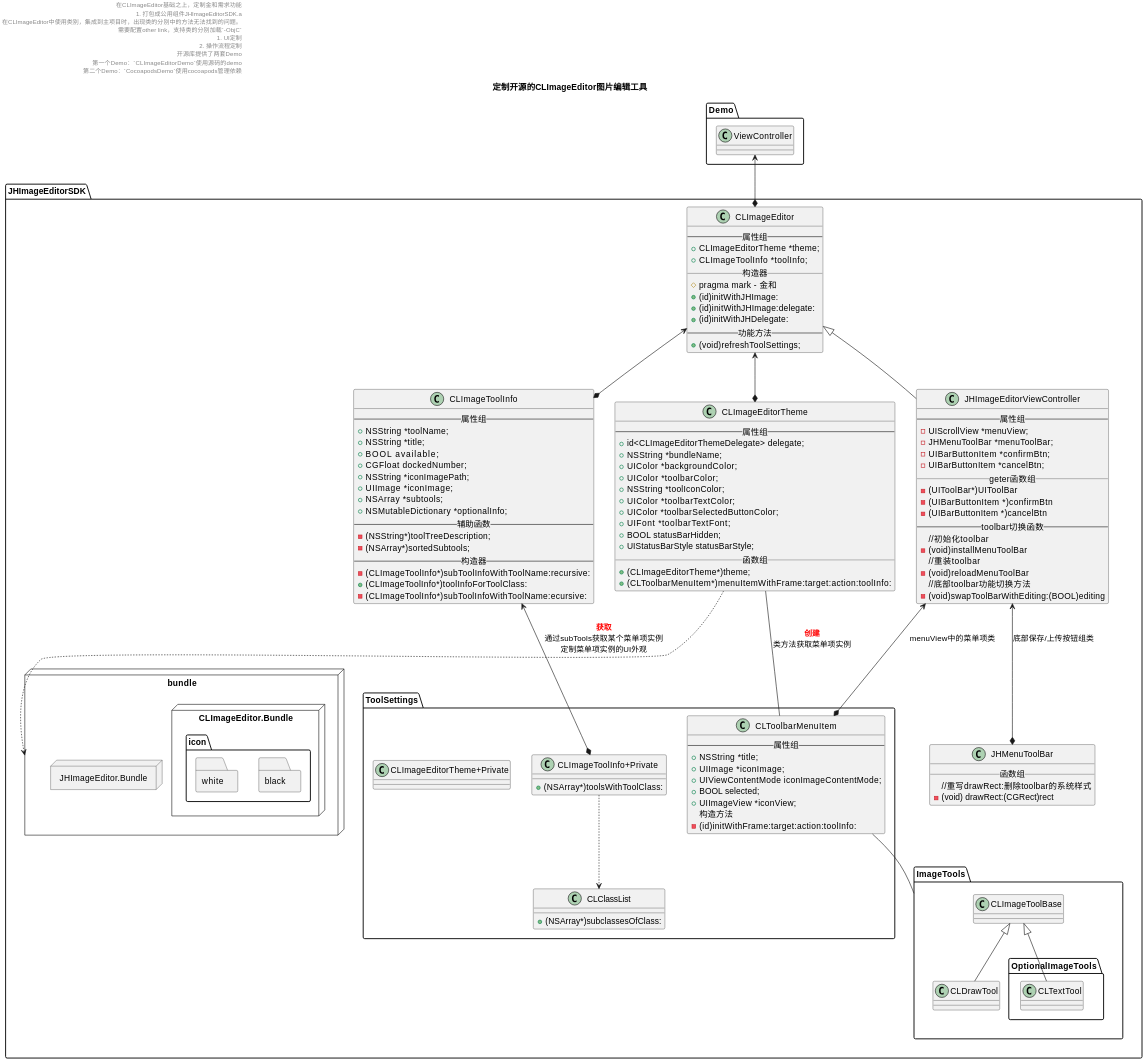
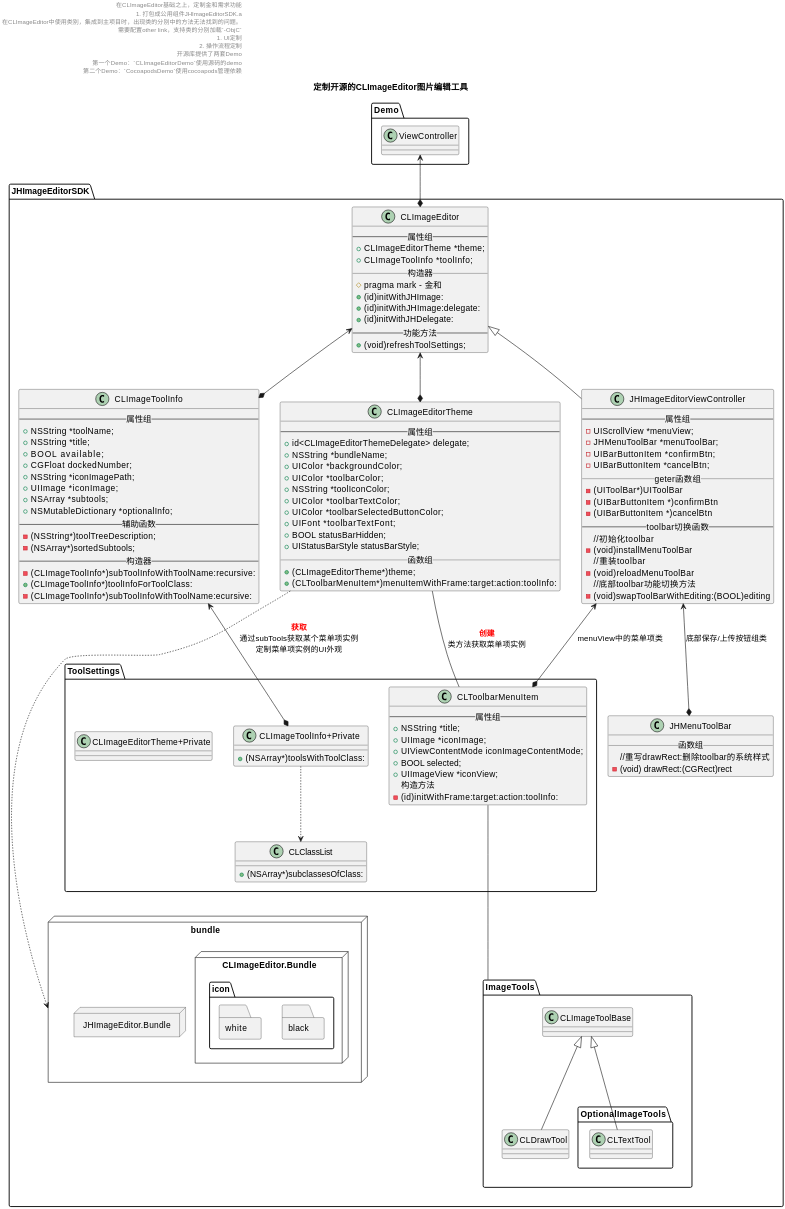
The first of 3 diagrams in source/_drafts/定制开源的CLImageEditor图片编辑工具.md (huos3203/blog), drawn with PlantUML before and after one commit. The commit also changed other lines of this file, not shown here.

Commit message:
完善图片编辑器类图

````diff
--- a/source/_drafts/定制开源的CLImageEditor图片编辑工具.md
+++ b/source/_drafts/定制开源的CLImageEditor图片编辑工具.md
@@ -163,8 +163,8 @@
 theme -- CLmenuItem: <font color=red>**创建**</font>\n类方法获取菜单项实例
 infopr *-up-> tool:<font color=red>**获取**</font>\n通过subTools获取某个菜单项实例\n定制菜单项实例的UI外观
 infopr ..> clslist
-theme ..> bundle 
+theme ....> bundle 
 
-CLmenuItem -down- imgtools
+CLmenuItem --down- imgtools
 
 ```
````
